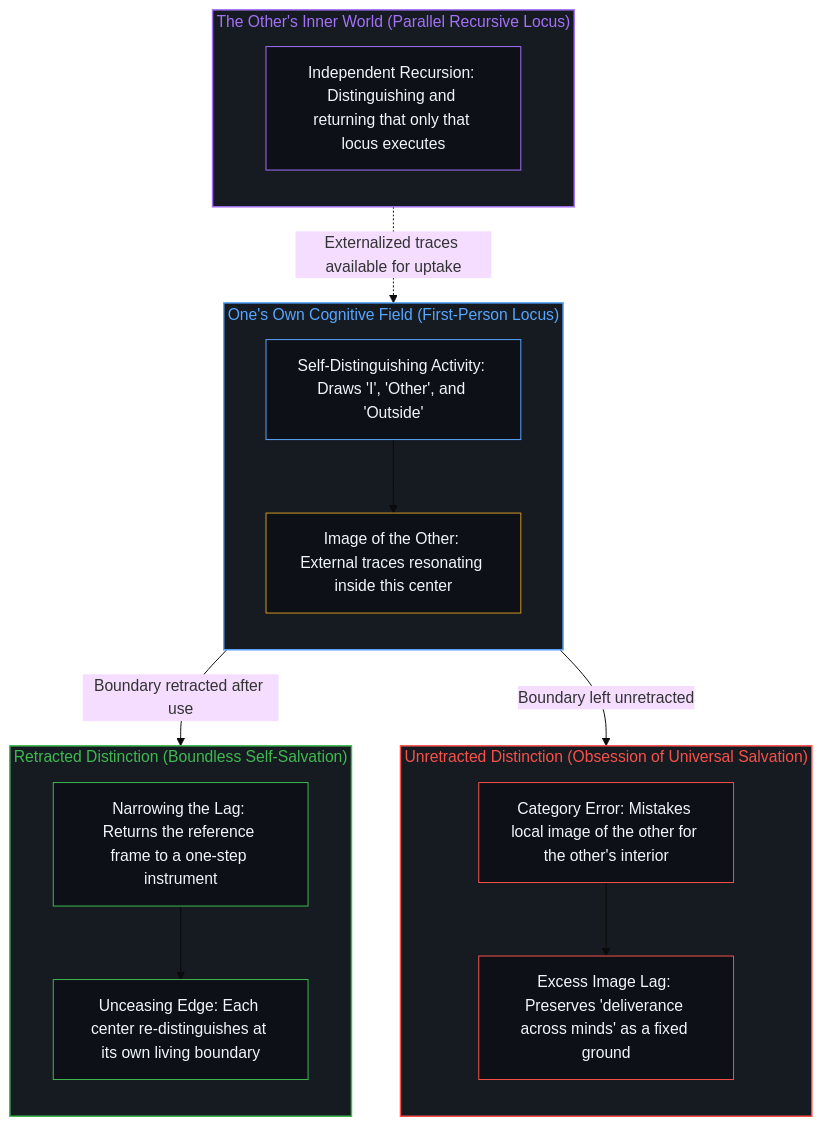
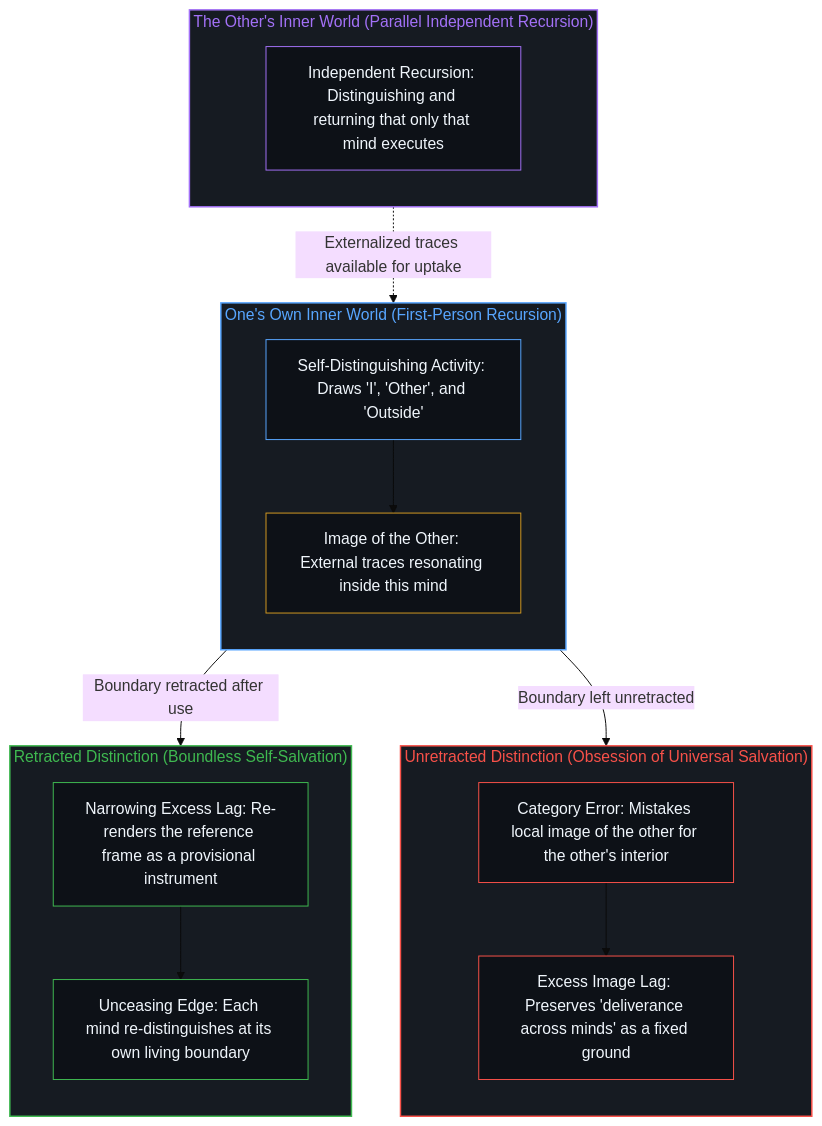
One commit to powerpig99/not-a-toe changed the second of 2 diagrams in content/posts/mei-you-pu-du-zhi-you-zi-du.md. Above: the diagram before and after it, drawn with Mermaid (base theme). The commit also changed other lines of this file and 7 other files, not shown here.

````diff
--- a/content/posts/mei-you-pu-du-zhi-you-zi-du.md
+++ b/content/posts/mei-you-pu-du-zhi-you-zi-du.md
@@ -67,39 +67,39 @@
 ```mermaid
 flowchart TD
-    subgraph S_Local["One's Own Cognitive Field (First-Person Locus)"]
+    subgraph S_Local["One's Own Inner World (First-Person Recursion)"]
         direction TB
         L_Cut["Self-Distinguishing Activity: Draws 'I', 'Other', and 'Outside'"]
-        L_Img["Image of the Other: External traces resonating inside this center"]
+        L_Img["Image of the Other: External traces resonating inside this mind"]
         L_Cut --> L_Img
     end
-    subgraph S_Other["The Other's Inner World (Parallel Recursive Locus)"]
+    subgraph S_Other["The Other's Inner World (Parallel Independent Recursion)"]
         direction TB
-        O_Rec["Independent Recursion: Distinguishing and returning that only that locus executes"]
+        O_Rec["Independent Recursion: Distinguishing and returning that only that mind executes"]
     end
     subgraph S_Pudu["Unretracted Distinction (Obsession of Universal Salvation)"]
         direction TB
         P_Mistake["Category Error: Mistakes local image of the other for the other's interior"]
         P_Hold["Excess Image Lag: Preserves 'deliverance across minds' as a fixed ground"]
         P_Mistake --> P_Hold
     end
     subgraph S_Zidu["Retracted Distinction (Boundless Self-Salvation)"]
         direction TB
-        Z_Release["Narrowing the Lag: Returns the reference frame to a one-step instrument"]
-        Z_Edge["Unceasing Edge: Each center re-distinguishes at its own living boundary"]
+        Z_Release["Narrowing Excess Lag: Re-renders the reference frame as a provisional instrument"]
+        Z_Edge["Unceasing Edge: Each mind re-distinguishes at its own living boundary"]
         Z_Release --> Z_Edge
     end
     O_Rec -.->|"Externalized traces available for uptake"| L_Img
     L_Img -->|"Boundary left unretracted"| P_Mistake
     L_Img -->|"Boundary retracted after use"| Z_Release
     style S_Local fill:#161b22,stroke:#58a6ff,stroke-width:1.5px,color:#58a6ff
     style S_Other fill:#161b22,stroke:#a371f7,stroke-width:1.5px,color:#a371f7
     style S_Pudu fill:#161b22,stroke:#f85149,stroke-width:1.5px,color:#f85149
     style S_Zidu fill:#161b22,stroke:#3fb950,stroke-width:1.5px,color:#3fb950
     style L_Cut fill:#0d1117,stroke:#58a6ff,stroke-width:1px,color:#f0f6fc
     style L_Img fill:#0d1117,stroke:#d29922,stroke-width:1px,color:#f0f6fc
     style O_Rec fill:#0d1117,stroke:#a371f7,stroke-width:1px,color:#f0f6fc
     style P_Mistake fill:#0d1117,stroke:#f85149,stroke-width:1px,color:#f0f6fc
     style P_Hold fill:#0d1117,stroke:#f85149,stroke-width:1px,color:#f0f6fc
     style Z_Release fill:#0d1117,stroke:#3fb950,stroke-width:1px,color:#f0f6fc
     style Z_Edge fill:#0d1117,stroke:#3fb950,stroke-width:1px,color:#f0f6fc
 ```
````
